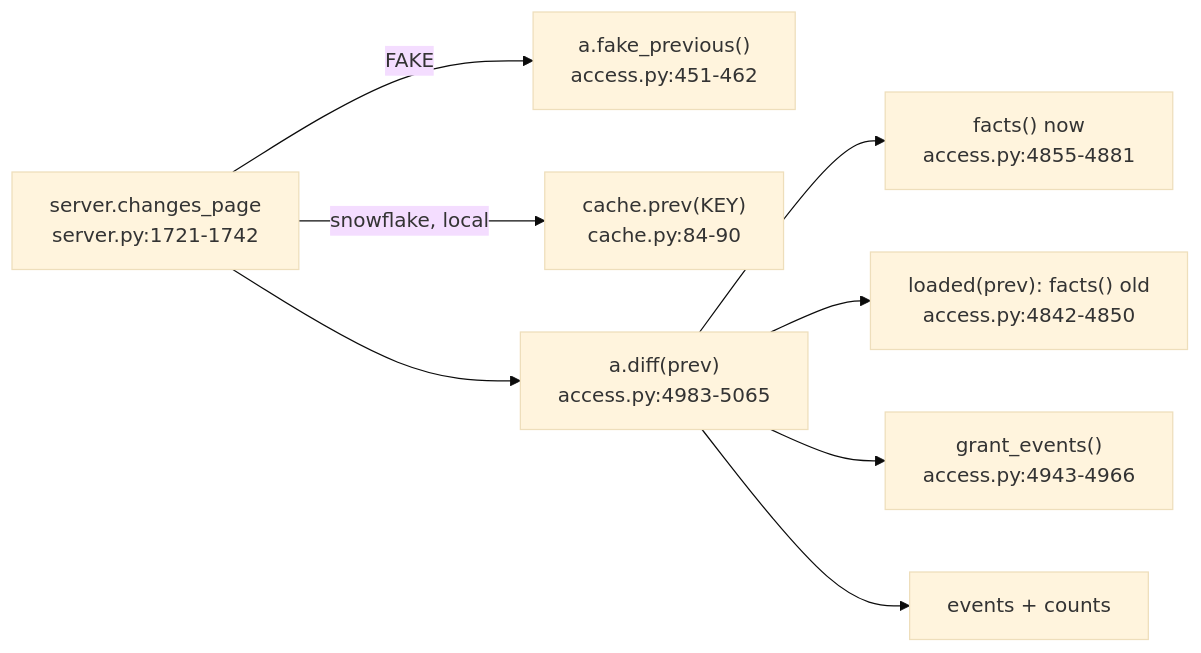
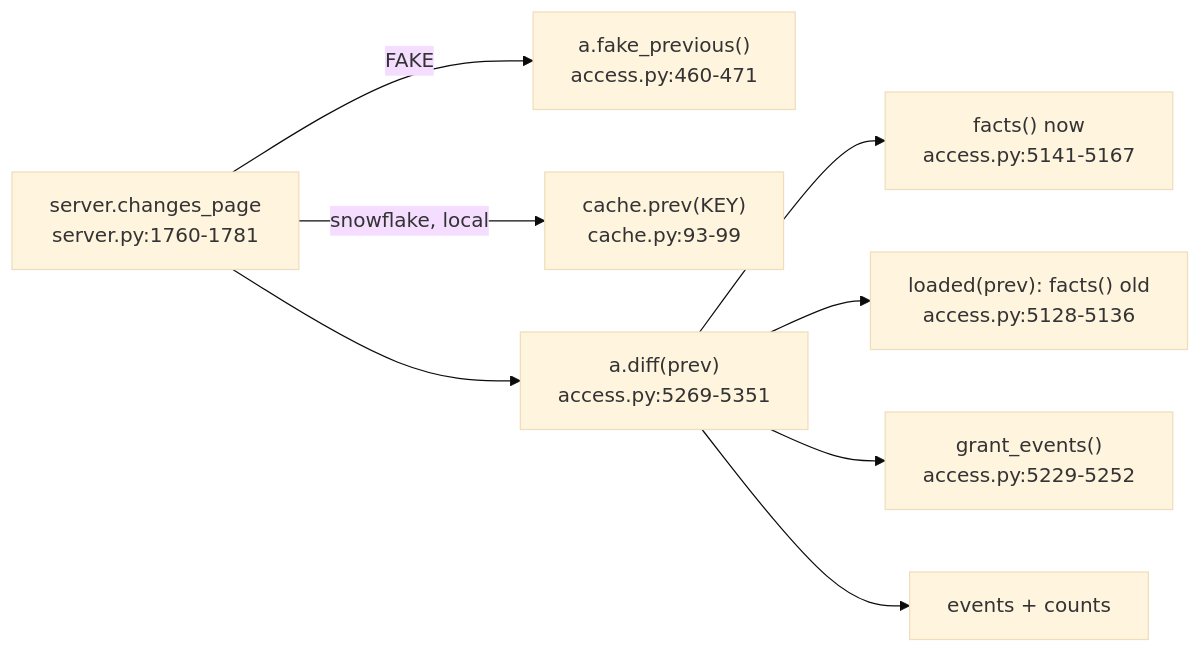
One commit to darshanmeel/snowflake-access-explorer changed the diagram in snowflake-access-explorer-knowledge-graph/logic/diff.md. Above: the diagram before and after it, drawn with Mermaid (base theme). The commit also changed other lines of this file and 79 other files, not shown here.

Commit message:
Knowledge graph: STATEMENT_TIMEOUT, WORKERS, ACTIVITY, HIERARCHY, progress lines, shared ACCESS_HISTORY read, procedure batching; node lines re-synced

````diff
--- a/snowflake-access-explorer-knowledge-graph/logic/diff.md
+++ b/snowflake-access-explorer-knowledge-graph/logic/diff.md
@@ -6,10 +6,10 @@
 ```mermaid
 flowchart LR
-  CP["server.changes_page<br/>server.py:1721-1742"] -->|FAKE| FP["a.fake_previous()<br/>access.py:451-462"]
-  CP -->|snowflake, local| PR["cache.prev(KEY)<br/>cache.py:84-90"]
-  CP --> D["a.diff(prev)<br/>access.py:4983-5065"]
-  D --> FN["facts() now<br/>access.py:4855-4881"]
-  D --> LD["loaded(prev): facts() old<br/>access.py:4842-4850"]
-  D --> GE["grant_events()<br/>access.py:4943-4966"]
+  CP["server.changes_page<br/>server.py:1760-1781"] -->|FAKE| FP["a.fake_previous()<br/>access.py:460-471"]
+  CP -->|snowflake, local| PR["cache.prev(KEY)<br/>cache.py:93-99"]
+  CP --> D["a.diff(prev)<br/>access.py:5269-5351"]
+  D --> FN["facts() now<br/>access.py:5141-5167"]
+  D --> LD["loaded(prev): facts() old<br/>access.py:5128-5136"]
+  D --> GE["grant_events()<br/>access.py:5229-5252"]
   D --> EV[events + counts]
 ```
````
